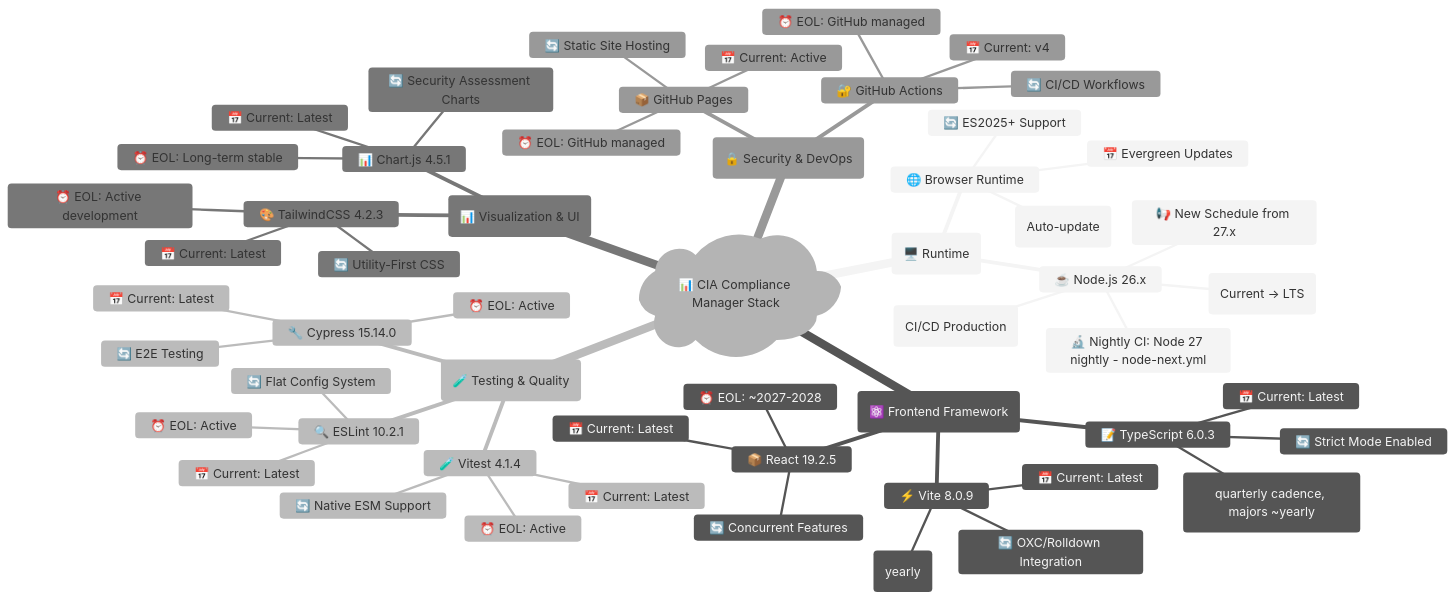
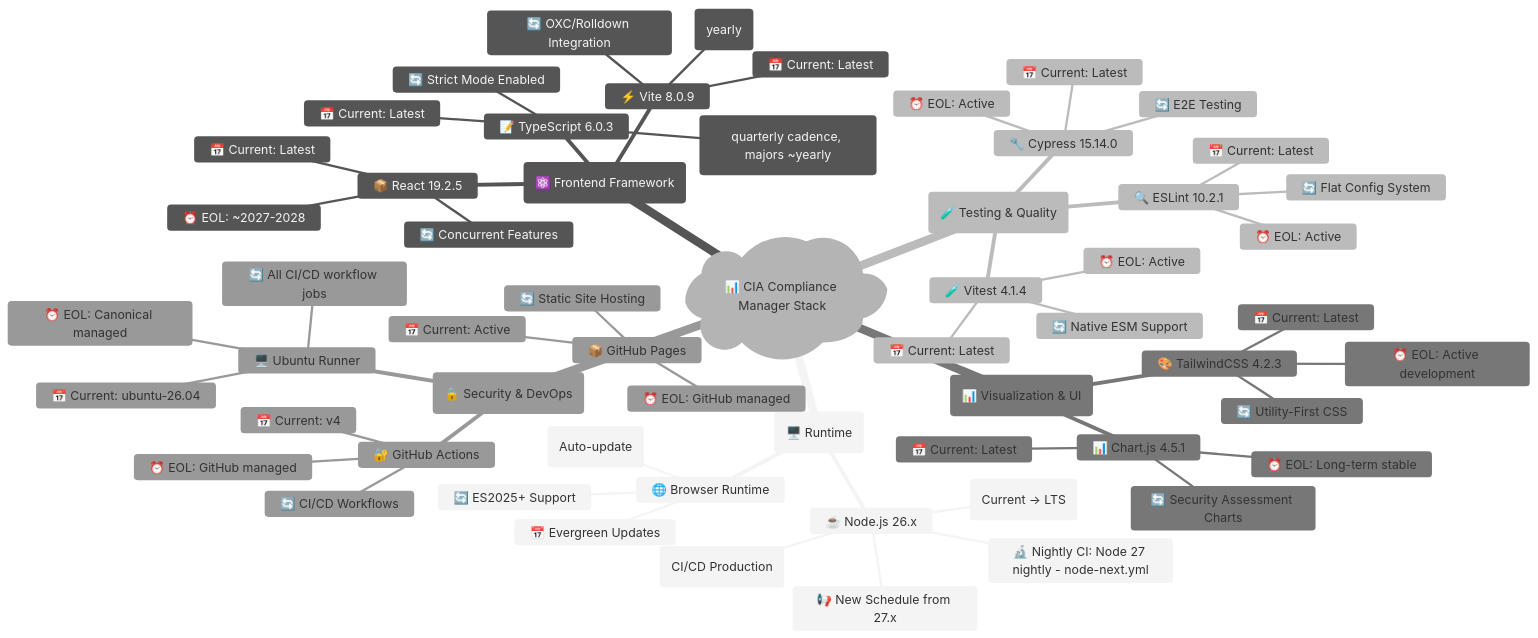
The first of 9 diagrams in docs/End-of-Life-Strategy.md (step-security-bot/cia-compliance-manager), drawn with Mermaid before and after one commit. The commit also changed other lines of this file and 13 other files, not shown here.

Commit message:
chore: update all workflows to ubuntu-26.04 and update docs (#1254)

````diff
--- a/docs/End-of-Life-Strategy.md
+++ b/docs/End-of-Life-Strategy.md
@@ -51,59 +51,63 @@
 ```mermaid
 %%{init: {"theme": "neutral"}}%%
 mindmap
   root)📊 CIA Compliance Manager Stack(
     (🖥️ Runtime)
       ☕ Node.js 26.x
         📅 Current: 26.x (CI/CD Production)
         ⏰ Node 26 LTS: Oct 2026 (Current → LTS)
         🔬 Nightly CI: Node 27 nightly - node-next.yml
         📢 New Schedule from 27.x
       🌐 Browser Runtime
         📅 Evergreen Updates
         ⏰ EOL: N/A (Auto-update)
         🔄 ES2025+ Support
     (⚛️ Frontend Framework)
       📦 React 19.2.5
         📅 Current: Latest
         ⏰ EOL: ~2027-2028
         🔄 Concurrent Features
       📝 TypeScript 6.0.3
         📅 Current: Latest
         ⏰ EOL: Active (quarterly cadence, majors ~yearly)
         🔄 Strict Mode Enabled
       ⚡ Vite 8.0.9
         📅 Current: Latest
         ⏰ EOL: Active (yearly)
         🔄 OXC/Rolldown Integration
     (🧪 Testing & Quality)
       🧪 Vitest 4.1.4
         📅 Current: Latest
         ⏰ EOL: Active
         🔄 Native ESM Support
       🔧 Cypress 15.14.0
         📅 Current: Latest
         ⏰ EOL: Active
         🔄 E2E Testing
       🔍 ESLint 10.2.1
         📅 Current: Latest
         ⏰ EOL: Active
         🔄 Flat Config System
     (📊 Visualization & UI)
       📊 Chart.js 4.5.1
         📅 Current: Latest
         ⏰ EOL: Long-term stable
         🔄 Security Assessment Charts
       🎨 TailwindCSS 4.2.3
         📅 Current: Latest
         ⏰ EOL: Active development
         🔄 Utility-First CSS
     (🔒 Security & DevOps)
       🔐 GitHub Actions
         📅 Current: v4
         ⏰ EOL: GitHub managed
         🔄 CI/CD Workflows
+      🖥️ Ubuntu Runner
+        📅 Current: ubuntu-26.04
+        ⏰ EOL: Canonical managed
+        🔄 All CI/CD workflow jobs
       📦 GitHub Pages
         📅 Current: Active
         ⏰ EOL: GitHub managed
         🔄 Static Site Hosting
 ```
````
